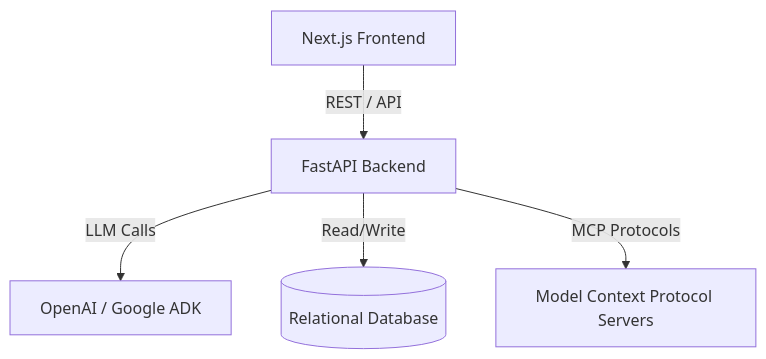
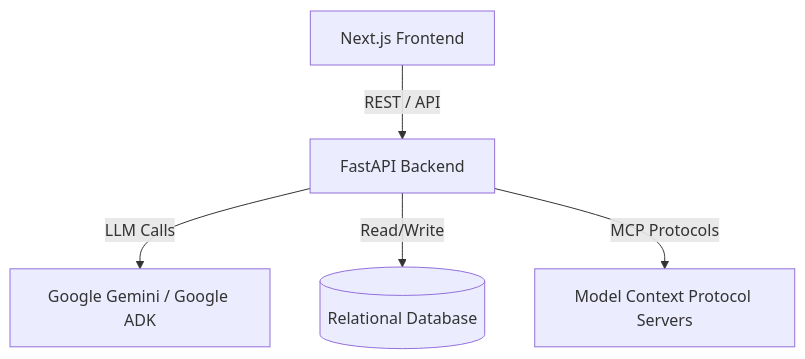
One commit to ayesha0505-netizen/Aivora changed the first of 5 diagrams in README.md. Above: the diagram before and after it, drawn with Mermaid. The commit also changed other lines of this file and 66 other files, not shown here.

````diff
--- a/README.md
+++ b/README.md
@@ -42,7 +42,7 @@
 ```mermaid
 graph TD
     Client[Next.js Frontend] -->|REST / API| Backend[FastAPI Backend]
-    Backend -->|LLM Calls| AI[OpenAI / Google ADK]
+    Backend -->|LLM Calls| AI[Google Gemini / Google ADK]
     Backend -->|Read/Write| DB[(Relational Database)]
     Backend -->|MCP Protocols| MCP[Model Context Protocol Servers]
 ```
````
